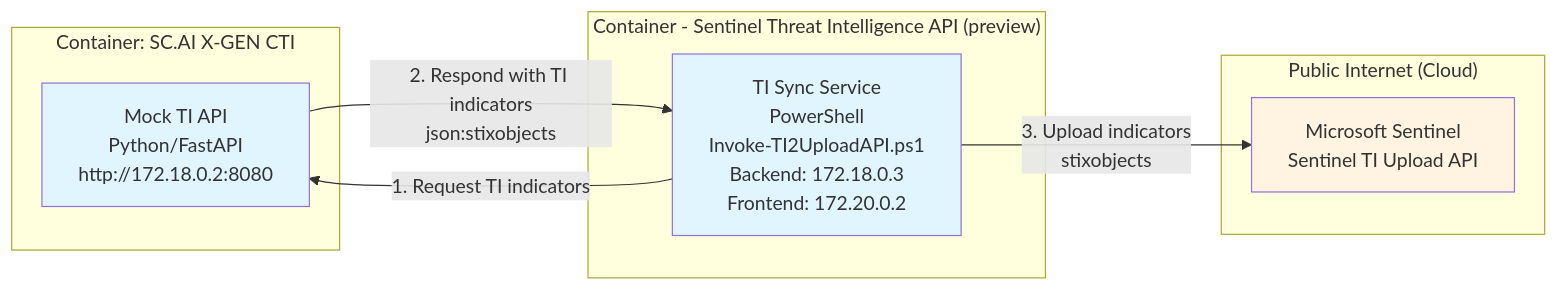
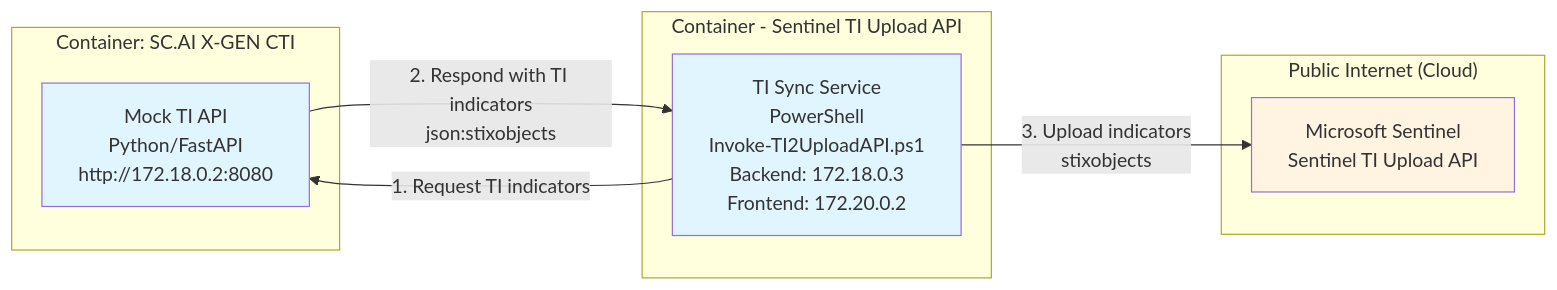
The diagram in README.md (dcodev1702/Sentinel-TI-Upload-with-Mock-TI-API), drawn with Mermaid before and after one commit.

Commit message:
Rename Sentinel Threat Intelligence API to Sentinel TI Upload API

````diff
--- a/README.md
+++ b/README.md
@@ -6,22 +6,22 @@
 ```mermaid
 graph LR
     subgraph "Container: SC.AI X-GEN CTI"
         A[Mock TI API<br/>Python/FastAPI<br/>http://172.18.0.2:8080]
     end
     
-    subgraph "Container - Sentinel Threat Intelligence API (preview)"
+    subgraph "Container - Sentinel TI Upload API"
         B[TI Sync Service<br/>PowerShell<br/>Invoke-TI2UploadAPI.ps1<br/>Backend: 172.18.0.3<br/>Frontend: 172.20.0.2]
     end
     
     subgraph "Public Internet (Cloud)"
         C[Microsoft Sentinel<br/>Sentinel TI Upload API]
     end
     
     B -->|1. Request TI indicators| A
     A -->|2. Respond with TI indicators<br/>json:stixobjects| B
     B -->|3. Upload indicators<br/>stixobjects| C
     
     style A fill:#e1f5ff
     style B fill:#e1f5ff
     style C fill:#fff4e1
 ```
````
